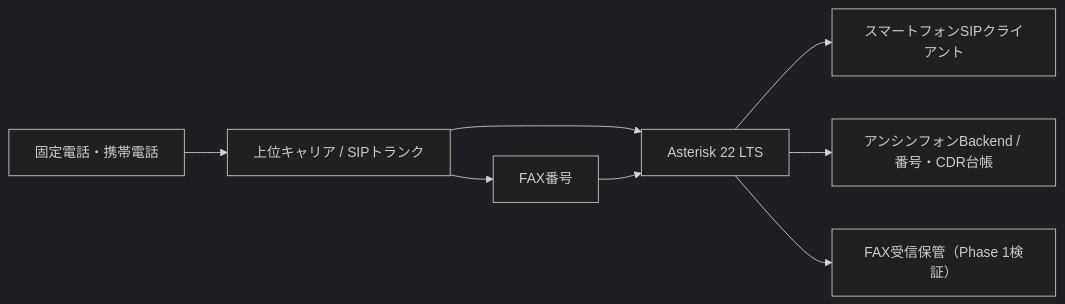
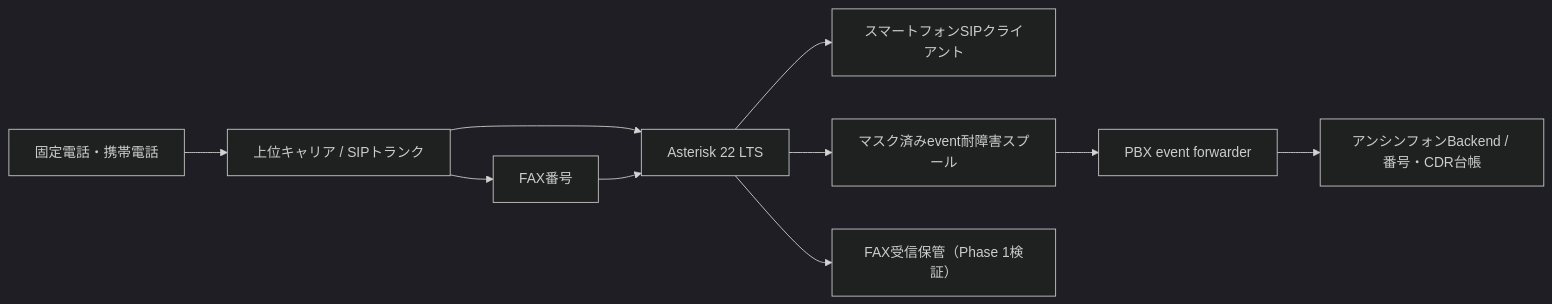
Before and after one commit to HirotsuguMatsumoto/anshin-phone-infra: the diagram in README.md, drawn with Mermaid (dark theme). The commit also changed other lines of this file and 36 other files, not shown here.

````diff
--- a/README.md
+++ b/README.md
@@ -9,10 +9,12 @@
 ```mermaid
 flowchart LR
   pstn["固定電話・携帯電話"] --> carrier["上位キャリア / SIPトランク"]
   carrier --> pbx["Asterisk 22 LTS"]
   pbx --> mobile["スマートフォンSIPクライアント"]
-  pbx --> backend["アンシンフォンBackend / 番号・CDR台帳"]
+  pbx --> spool["マスク済みevent耐障害スプール"]
+  spool --> forwarder["PBX event forwarder"]
+  forwarder --> backend["アンシンフォンBackend / 番号・CDR台帳"]
   carrier --> fax["FAX番号"]
   fax --> pbx
   pbx --> faxstore["FAX受信保管（Phase 1検証）"]
 ```
````
